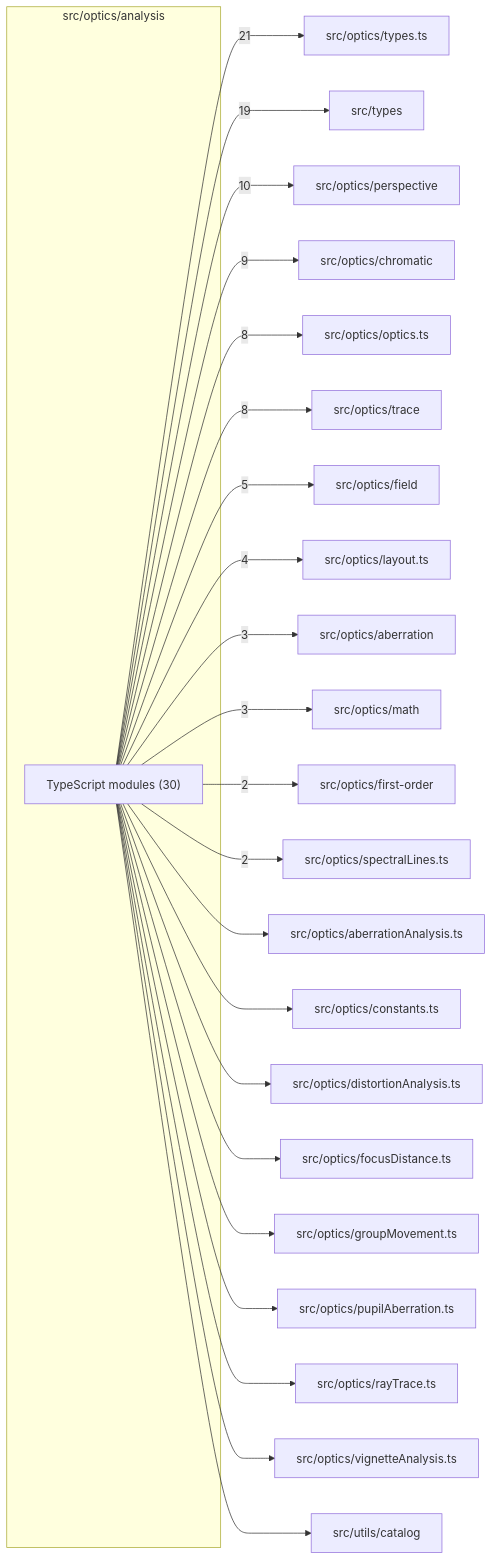
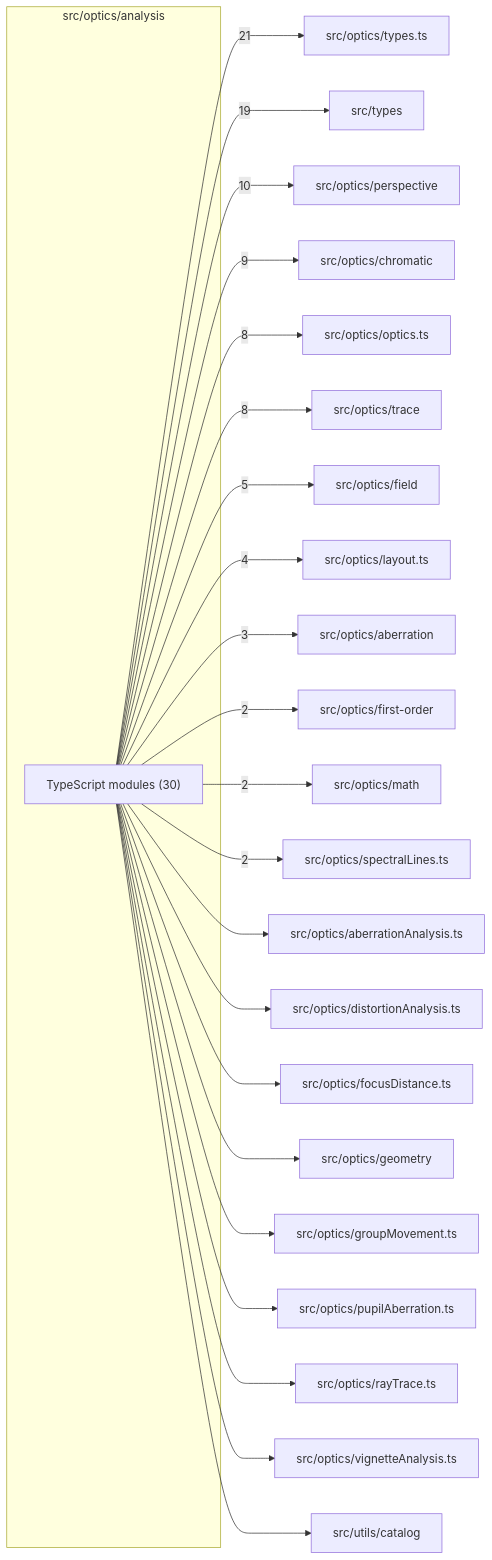
The diagram in src/optics/analysis/readme.md (BeamFour/LensVisualizer), drawn with Mermaid before and after one commit. The commit also changed other lines of this file and 54 other files, not shown here.

````diff
--- a/src/optics/analysis/readme.md
+++ b/src/optics/analysis/readme.md
@@ -9,48 +9,48 @@
 ```mermaid
 flowchart LR
   subgraph n_src_optics_analysis["src/optics/analysis"]
     n_src_optics_analysis_TypeScript_modules["TypeScript modules (30)"]
   end
   n_external_src_optics_types_ts["src/optics/types.ts"]
   n_external_src_types["src/types"]
   n_external_src_optics_perspective["src/optics/perspective"]
   n_external_src_optics_chromatic["src/optics/chromatic"]
   n_external_src_optics_optics_ts["src/optics/optics.ts"]
   n_external_src_optics_trace["src/optics/trace"]
   n_external_src_optics_field["src/optics/field"]
   n_external_src_optics_layout_ts["src/optics/layout.ts"]
   n_external_src_optics_aberration["src/optics/aberration"]
+  n_external_src_optics_first_order["src/optics/first-order"]
   n_external_src_optics_math["src/optics/math"]
-  n_external_src_optics_first_order["src/optics/first-order"]
   n_external_src_optics_spectralLines_ts["src/optics/spectralLines.ts"]
   n_external_src_optics_aberrationAnalysis_ts["src/optics/aberrationAnalysis.ts"]
-  n_external_src_optics_constants_ts["src/optics/constants.ts"]
   n_external_src_optics_distortionAnalysis_ts["src/optics/distortionAnalysis.ts"]
   n_external_src_optics_focusDistance_ts["src/optics/focusDistance.ts"]
+  n_external_src_optics_geometry["src/optics/geometry"]
   n_external_src_optics_groupMovement_ts["src/optics/groupMovement.ts"]
   n_external_src_optics_pupilAberration_ts["src/optics/pupilAberration.ts"]
   n_external_src_optics_rayTrace_ts["src/optics/rayTrace.ts"]
   n_external_src_optics_vignetteAnalysis_ts["src/optics/vignetteAnalysis.ts"]
   n_external_src_utils_catalog["src/utils/catalog"]
   n_src_optics_analysis_TypeScript_modules --> |21| n_external_src_optics_types_ts
   n_src_optics_analysis_TypeScript_modules --> |19| n_external_src_types
   n_src_optics_analysis_TypeScript_modules --> |10| n_external_src_optics_perspective
   n_src_optics_analysis_TypeScript_modules --> |9| n_external_src_optics_chromatic
   n_src_optics_analysis_TypeScript_modules --> |8| n_external_src_optics_optics_ts
   n_src_optics_analysis_TypeScript_modules --> |8| n_external_src_optics_trace
   n_src_optics_analysis_TypeScript_modules --> |5| n_external_src_optics_field
   n_src_optics_analysis_TypeScript_modules --> |4| n_external_src_optics_layout_ts
   n_src_optics_analysis_TypeScript_modules --> |3| n_external_src_optics_aberration
-  n_src_optics_analysis_TypeScript_modules --> |3| n_external_src_optics_math
   n_src_optics_analysis_TypeScript_modules --> |2| n_external_src_optics_first_order
+  n_src_optics_analysis_TypeScript_modules --> |2| n_external_src_optics_math
   n_src_optics_analysis_TypeScript_modules --> |2| n_external_src_optics_spectralLines_ts
   n_src_optics_analysis_TypeScript_modules --> n_external_src_optics_aberrationAnalysis_ts
-  n_src_optics_analysis_TypeScript_modules --> n_external_src_optics_constants_ts
   n_src_optics_analysis_TypeScript_modules --> n_external_src_optics_distortionAnalysis_ts
   n_src_optics_analysis_TypeScript_modules --> n_external_src_optics_focusDistance_ts
+  n_src_optics_analysis_TypeScript_modules --> n_external_src_optics_geometry
   n_src_optics_analysis_TypeScript_modules --> n_external_src_optics_groupMovement_ts
   n_src_optics_analysis_TypeScript_modules --> n_external_src_optics_pupilAberration_ts
   n_src_optics_analysis_TypeScript_modules --> n_external_src_optics_rayTrace_ts
   n_src_optics_analysis_TypeScript_modules --> n_external_src_optics_vignetteAnalysis_ts
   n_src_optics_analysis_TypeScript_modules --> n_external_src_utils_catalog
 ```
````
